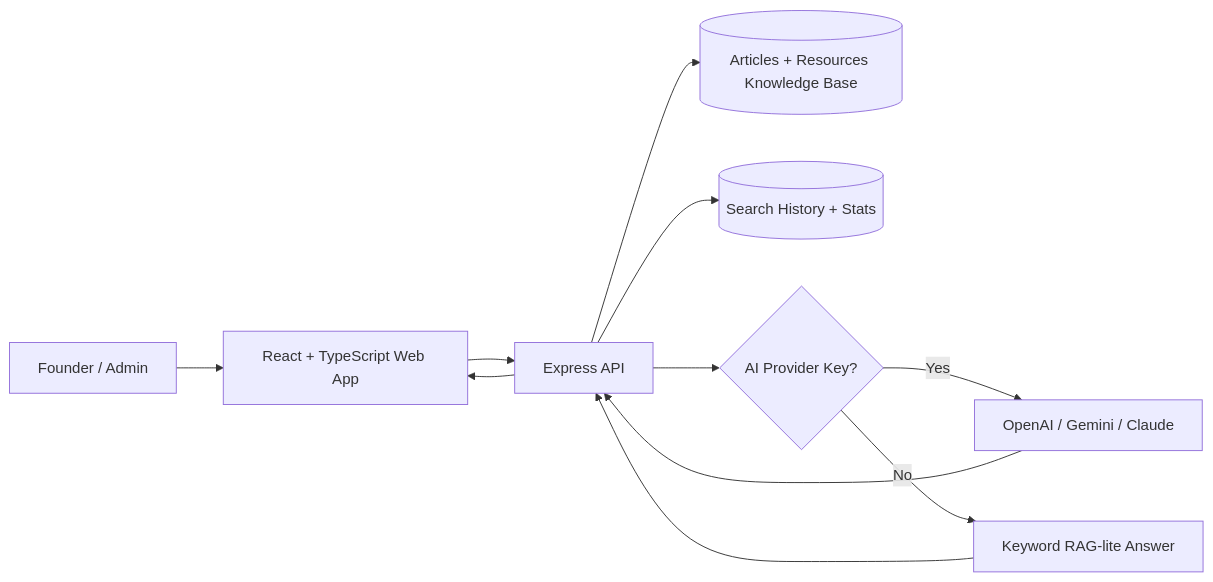
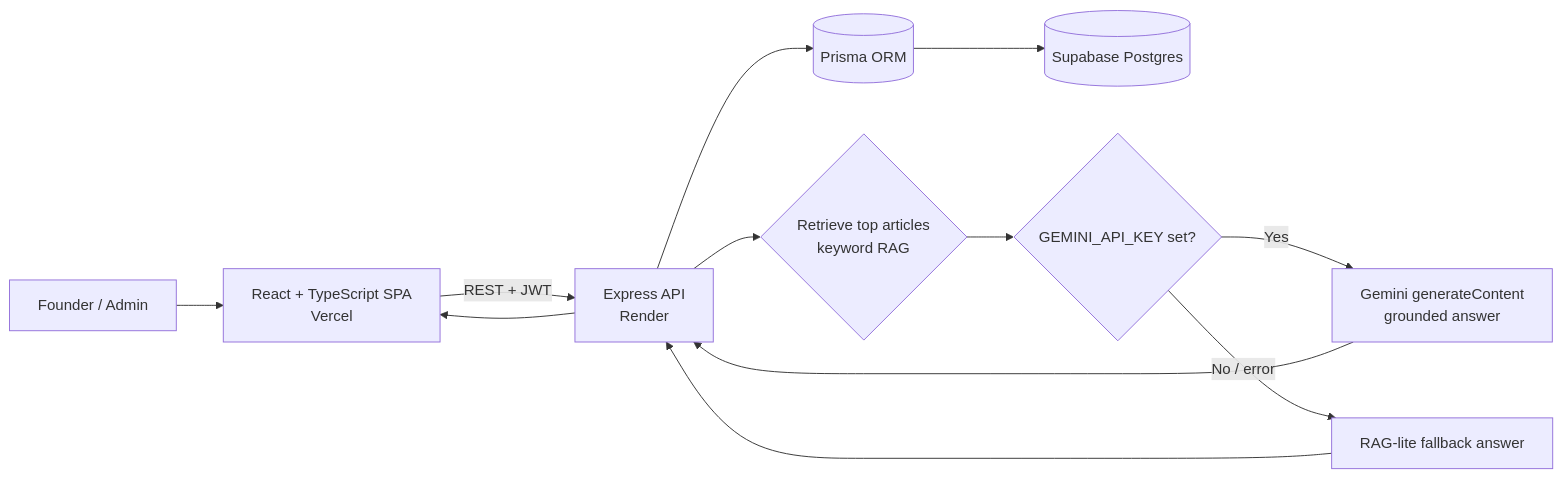
Before and after one commit to Pavan-Projects/startup-navigator: the diagram in README.md, drawn with Mermaid. The commit also changed other lines of this file and 5 other files, not shown here.

````diff
--- a/README.md
+++ b/README.md
@@ -16,13 +29,14 @@
 ```mermaid
 flowchart LR
-  U[Founder / Admin] --> W[React + TypeScript Web App]
-  W --> A[Express API]
-  A --> KB[(Articles + Resources Knowledge Base)]
-  A --> H[(Search History + Stats)]
-  A --> AI{AI Provider Key?}
-  AI -->|Yes| LLM[OpenAI / Gemini / Claude]
-  AI -->|No| Fallback[Keyword RAG-lite Answer]
+  U[Founder / Admin] --> W[React + TypeScript SPA<br/>Vercel]
+  W -->|REST + JWT| A[Express API<br/>Render]
+  A --> P[(Prisma ORM)]
+  P --> DB[(Supabase Postgres)]
+  A --> R{Retrieve top articles<br/>keyword RAG}
+  R --> G{GEMINI_API_KEY set?}
+  G -->|Yes| LLM[Gemini generateContent<br/>grounded answer]
+  G -->|No / error| F[RAG-lite fallback answer]
   LLM --> A
-  Fallback --> A
+  F --> A
   A --> W
 ```
````
